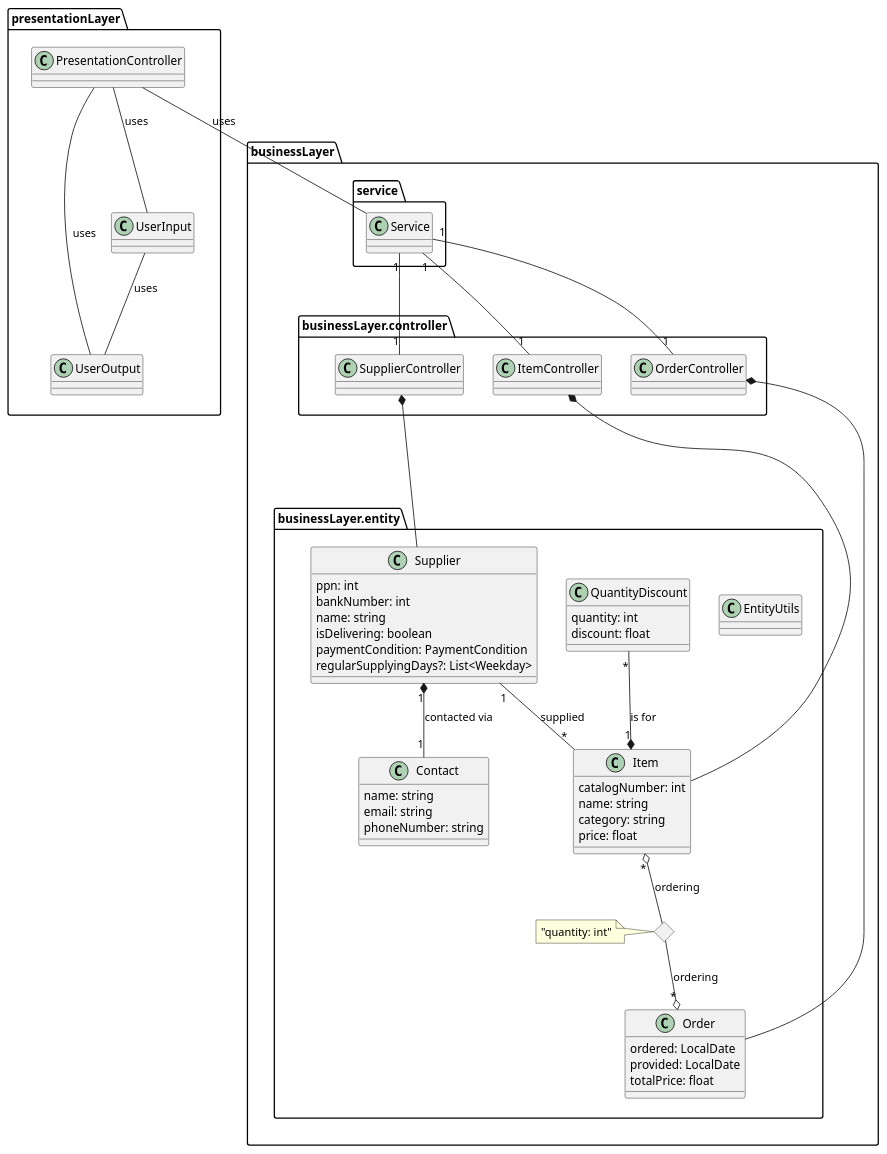
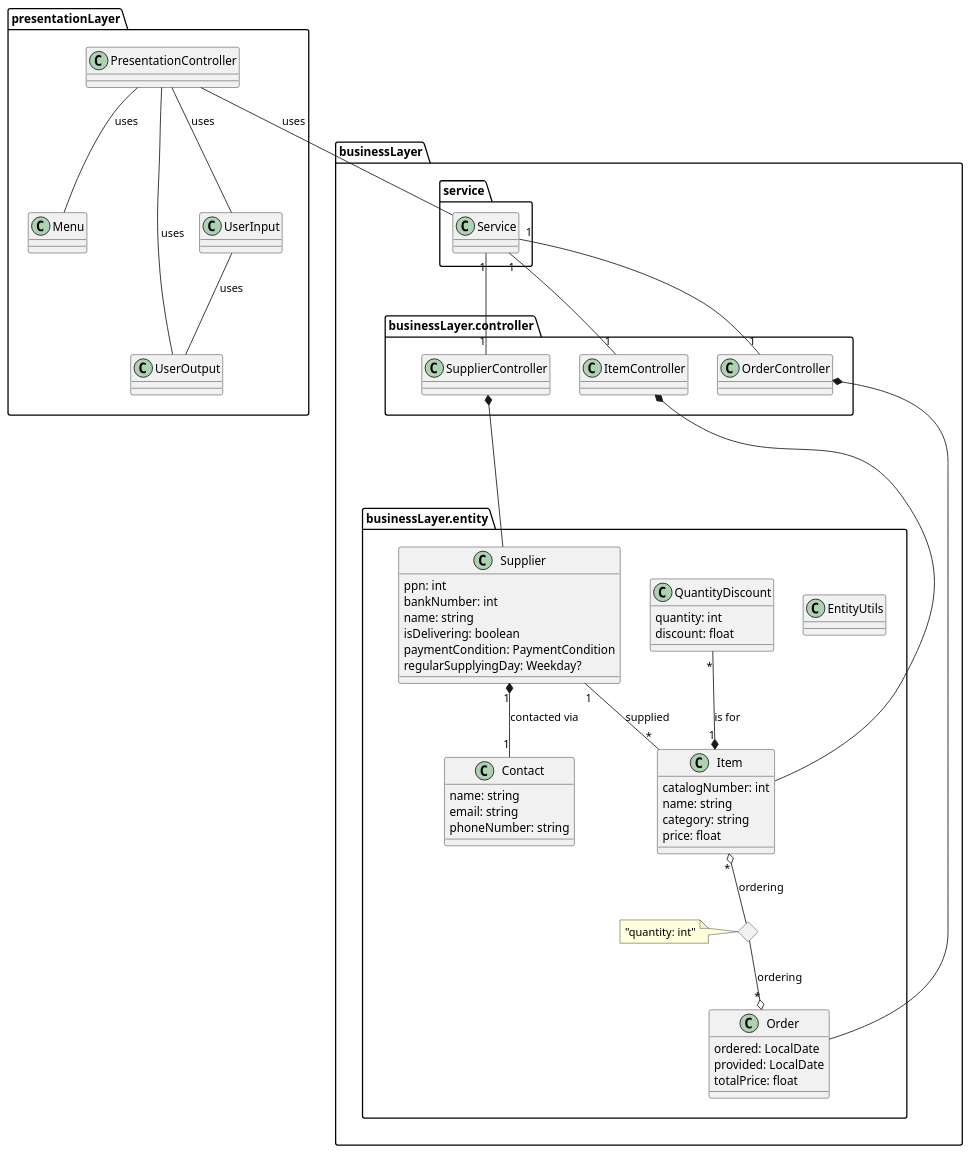
The diagram in docs/diagrams/domain.puml (BatelBB/Analysis-Design-of-Software-Systems---Course-Prioject), drawn with PlantUML before and after one commit. The commit also changed 1 other file, not shown here.

Commit message:
Small UML fixes

```diff
--- a/docs/diagrams/domain.puml
+++ b/docs/diagrams/domain.puml
@@ -1,91 +1,92 @@
 @startuml
 
 package presentationLayer {
 	PresentationController -- UserInput: uses
 	PresentationController -- UserOutput: uses
 	UserInput -- UserOutput: uses
+	PresentationController -- Menu: uses
 }
 
 package businessLayer {
 	
 	package businessLayer.entity as entity {
 		
 		class EntityUtils
 		
 		class Supplier {
 			ppn: int
 			bankNumber: int
 			name: string
 			isDelivering: boolean
 			paymentCondition: PaymentCondition
-			regularSupplyingDays?: List<Weekday>
+			regularSupplyingDay: Weekday?
 		}
 		
 		class Contact {
 			name: string
 			email: string
 			phoneNumber: string
 		}
 		
 		class Order {
 			ordered: LocalDate
 			provided: LocalDate
 			totalPrice: float
 		}
 		
 		class Item {
 			catalogNumber: int
 			name: string
 			category: string
 			price: float
 		}
 		
 		class QuantityDiscount {
 			quantity: int
 			discount: float
 		}
 		
 		Supplier "1" *-- "1" Contact: "contacted via"
 		
 		QuantityDiscount "*" --* "1" Item: "is for"
 		
 		<>   item_order_link_node
 		Item "*" o--  item_order_link_node: ordering
 		item_order_link_node  --o "*" Order: ordering
 		note left of item_order_link_node: "quantity: int"
 		
 		Supplier "1" -- "*" Item: supplied
 	}
 	
 	package businessLayer.controller as ctrl {
 		class SupplierController {
 		
 		}
 		
 		class OrderController {
 		
 		}
 		
 		class ItemController {
 		
 		}
 		
 		SupplierController *-- Supplier
 		ItemController *-- Item
 		OrderController *-- Order
 	}
 	
 	package businessLayer.service {
 		class Service
 		
 		Service "1" -- "1" SupplierController
 		Service "1" -- "1" OrderController
 		Service "1" -- "1" ItemController
 	}
 	
 	ctrl --[hidden]-> entity
 }
 
 	PresentationController -- Service: uses
 	Service -[hidden]-> presentationLayer
 @enduml
```
